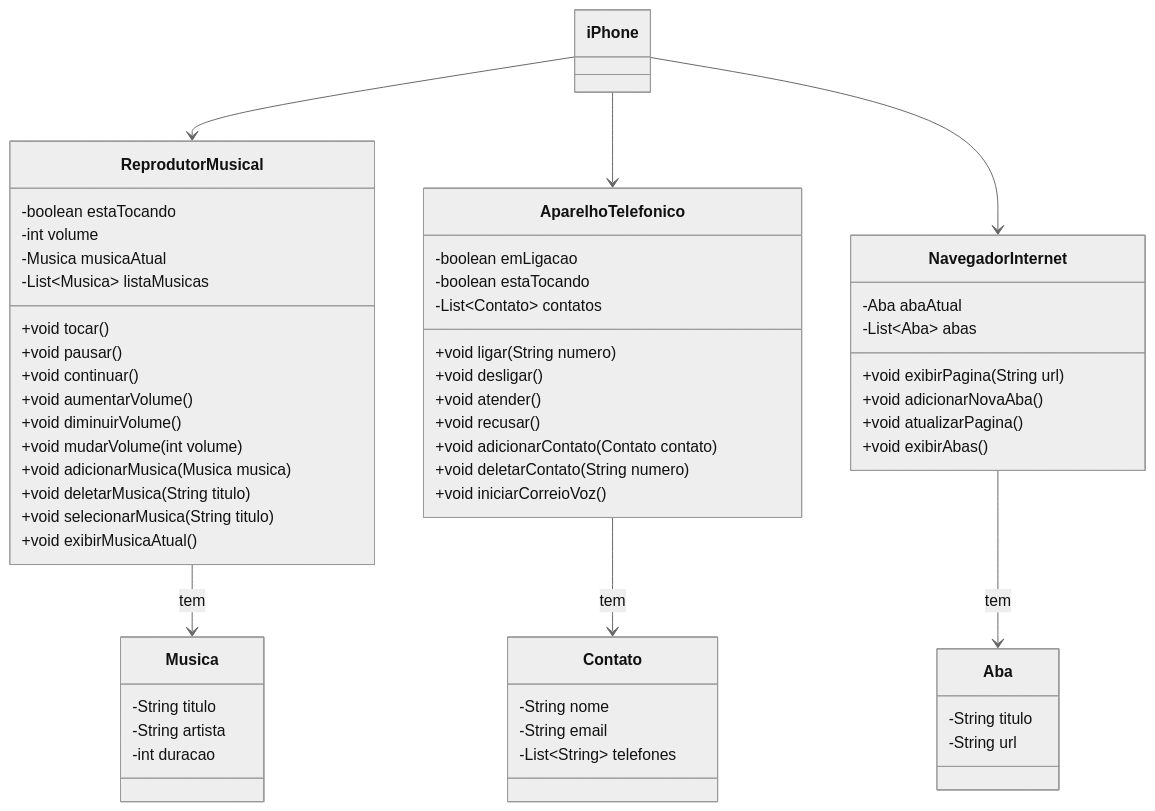
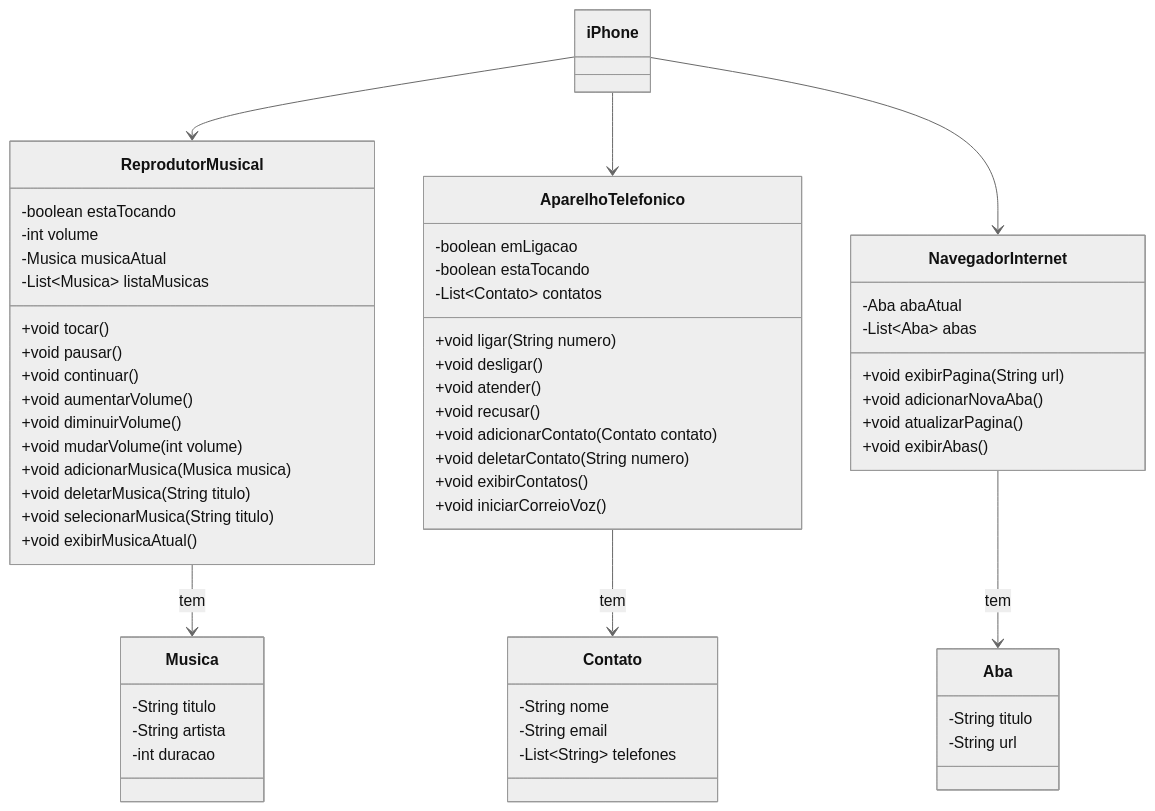
One commit to GracilianoOG/dio-iphone-uml changed the first of 4 diagrams in README.md. Above: the diagram before and after it, drawn with Mermaid (neutral theme).

Commit message:
Add method exibirContatos

````diff
--- a/README.md
+++ b/README.md
@@ -16,74 +16,75 @@
 ```mermaid
 classDiagram
     direction TB
 
     class iPhone {
 
     }
 
     class ReprodutorMusical {
         -boolean estaTocando
         -int volume
         -Musica musicaAtual
         -List~Musica~ listaMusicas
 
         +void tocar()
         +void pausar()
         +void continuar()
         +void aumentarVolume()
         +void diminuirVolume()
         +void mudarVolume(int volume)
         +void adicionarMusica(Musica musica)
         +void deletarMusica(String titulo)
         +void selecionarMusica(String titulo)
         +void exibirMusicaAtual()
     }
 
     class AparelhoTelefonico {
         -boolean emLigacao
         -boolean estaTocando
         -List~Contato~ contatos
 
         +void ligar(String numero)
         +void desligar()
         +void atender()
         +void recusar()
         +void adicionarContato(Contato contato)
         +void deletarContato(String numero)
+        +void exibirContatos()
         +void iniciarCorreioVoz()
     }
 
     class NavegadorInternet {
         -Aba abaAtual
         -List~Aba~ abas
 
         +void exibirPagina(String url)
         +void adicionarNovaAba()
         +void atualizarPagina()
         +void exibirAbas()
     }
 
     class Musica {
         -String titulo
         -String artista
         -int duracao
     }
 
     class Contato {
         -String nome
         -String email
         -List~String~ telefones
     }
 
     class Aba {
         -String titulo
         -String url
     }
 
     iPhone --> ReprodutorMusical
     iPhone --> AparelhoTelefonico
     iPhone --> NavegadorInternet
     ReprodutorMusical --> Musica : tem
     AparelhoTelefonico --> Contato : tem
     NavegadorInternet --> Aba : tem
 ```
````
